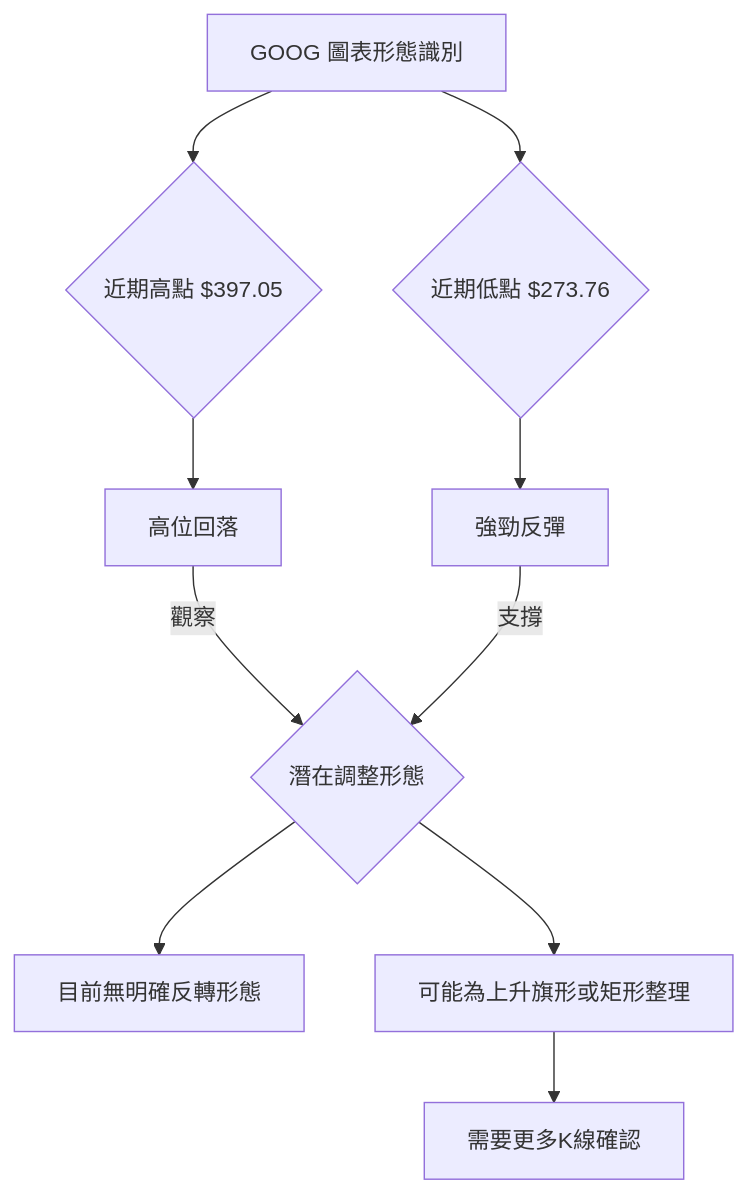
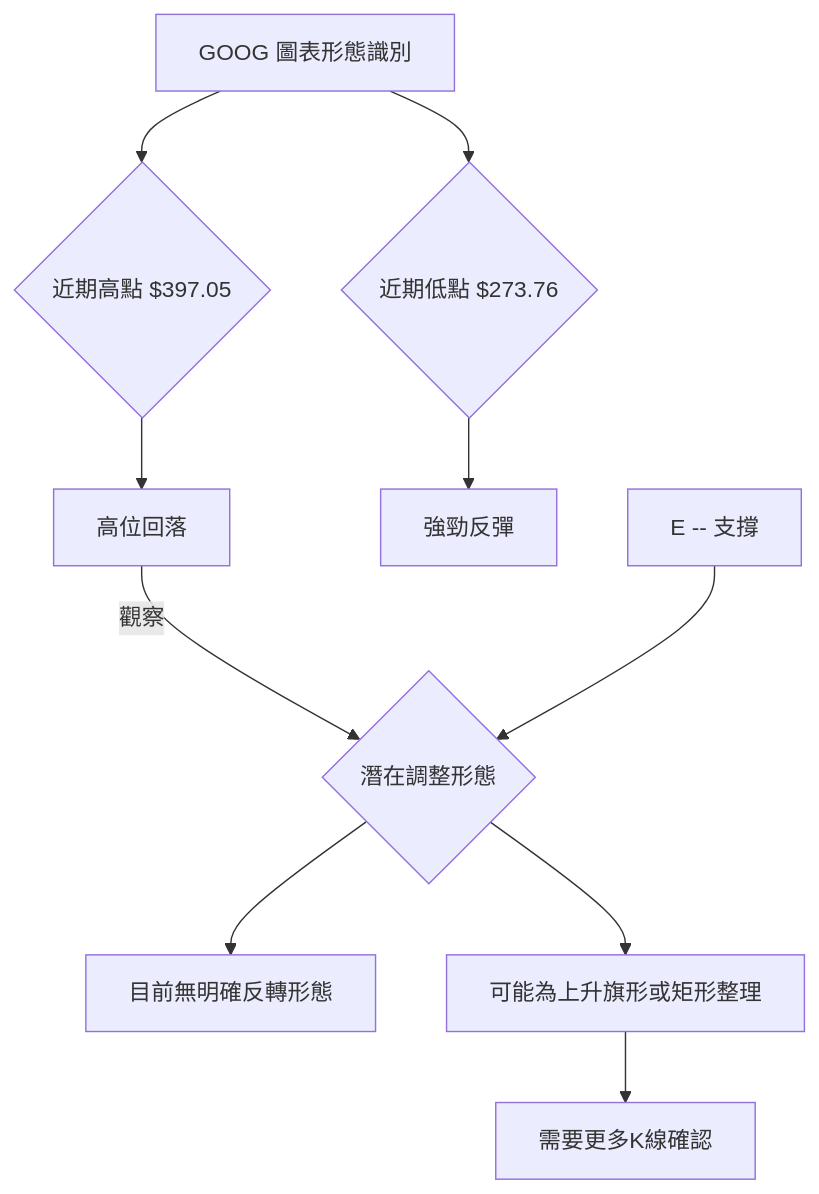
The fourth of 8 diagrams in ai_gen_report/stock/goog/technical_analysis_2026-05-23_gemini.md (yennanliu/finance_data), drawn with Mermaid before and after one commit. The commit also changed other lines of this file and 2258 other files, not shown here.

First line of the commit message:
chore: backfill Mermaid syntax repair across existing reports

````diff
--- a/ai_gen_report/stock/goog/technical_analysis_2026-05-23_gemini.md
+++ b/ai_gen_report/stock/goog/technical_analysis_2026-05-23_gemini.md
@@ -272,15 +272,15 @@
 ```mermaid
 graph TD
-    A[GOOG 圖表形態識別] --> B{近期高點 $397.05}
-    A --> C{近期低點 $273.76}
+    A["GOOG 圖表形態識別"] --> B{"近期高點 $397.05"}
+    A --> C{"近期低點 $273.76"}
 
-    B --> D[高位回落]
-    C --> E[強勁反彈]
+    B --> D["高位回落"]
+    C --> E["強勁反彈"]
 
-    D -- 觀察 --> F{潛在調整形態}
-    E -- 支撐 --> F
+    D -- 觀察 --> F{"潛在調整形態"}
+    nb1["E -- 支撐"] --> F
 
-    F --> G[目前無明確反轉形態]
-    F --> H[可能為上升旗形或矩形整理]
-    H --> I[需要更多K線確認]
+    F --> G["目前無明確反轉形態"]
+    F --> H["可能為上升旗形或矩形整理"]
+    H --> I["需要更多K線確認"]
 ```
````
